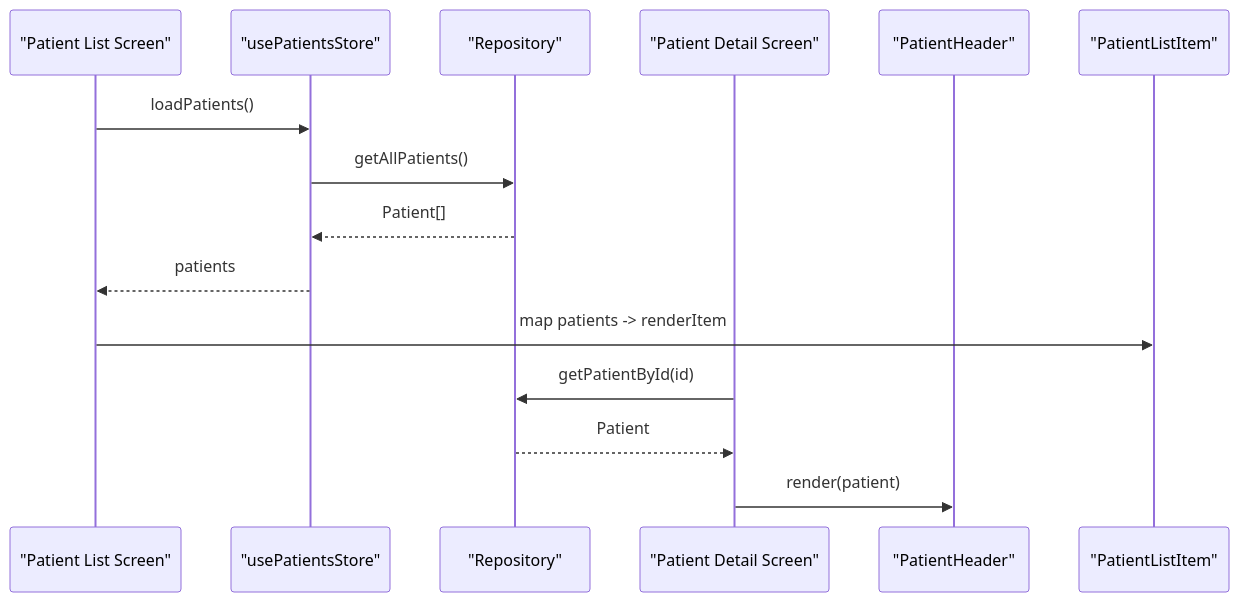
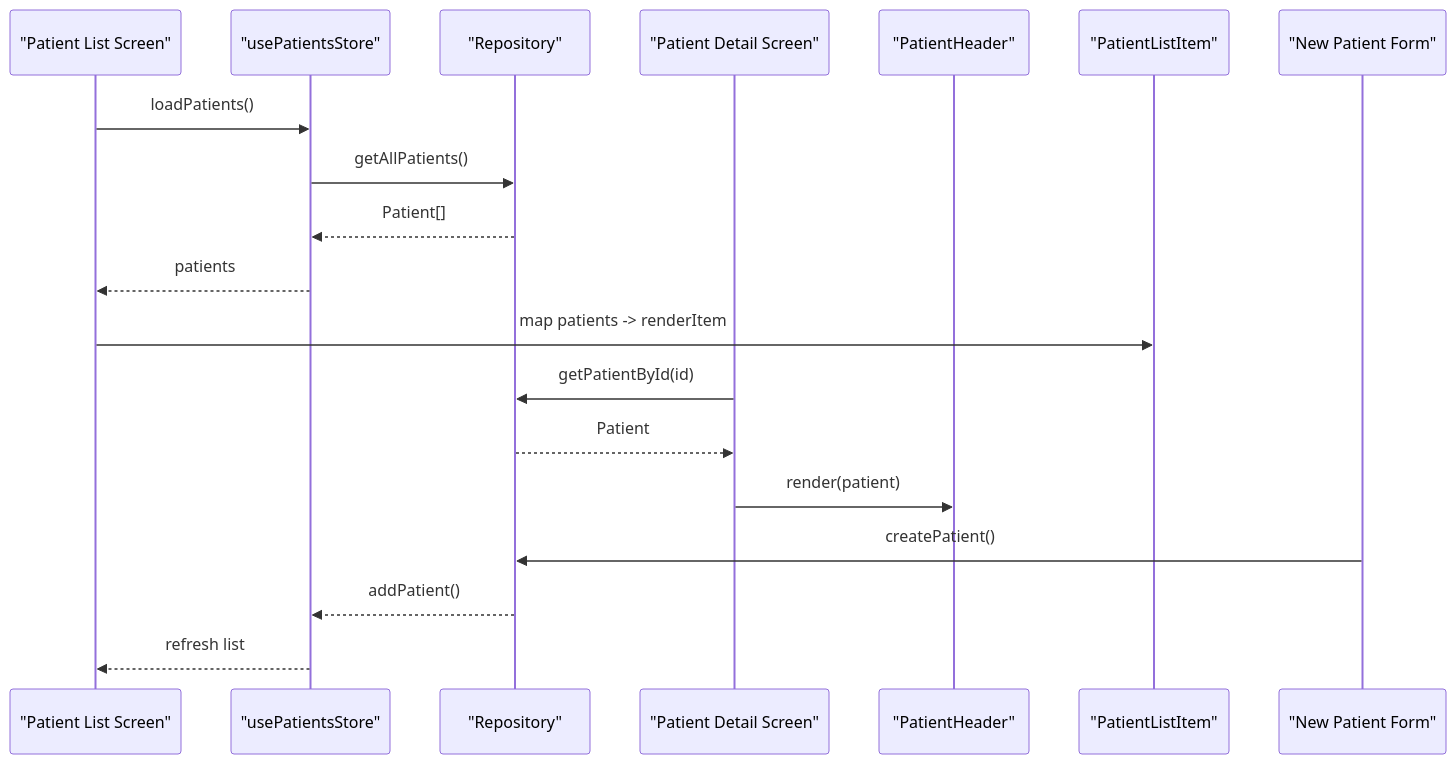
One commit to AdeelTahir-SE/DermSight changed the sixth of 10 diagrams in .qoder/repowiki/en/content/Patient Management/UI Components.md. Above: the diagram before and after it, drawn with Mermaid. The commit also changed other lines of this file and 19 other files, not shown here.

````diff
--- a/.qoder/repowiki/en/content/Patient Management/UI Components.md
+++ b/.qoder/repowiki/en/content/Patient Management/UI Components.md
@@ -270,17 +353,21 @@
 ```mermaid
 sequenceDiagram
 participant List as "Patient List Screen"
 participant Store as "usePatientsStore"
 participant Repo as "Repository"
 participant Detail as "Patient Detail Screen"
 participant Header as "PatientHeader"
 participant Item as "PatientListItem"
+participant NewForm as "New Patient Form"
 List->>Store : loadPatients()
 Store->>Repo : getAllPatients()
 Repo-->>Store : Patient[]
 Store-->>List : patients
 List->>Item : map patients -> renderItem
 Detail->>Repo : getPatientById(id)
 Repo-->>Detail : Patient
 Detail->>Header : render(patient)
+NewForm->>Repo : createPatient()
+Repo-->>Store : addPatient()
+Store-->>List : refresh list
 ```
````
